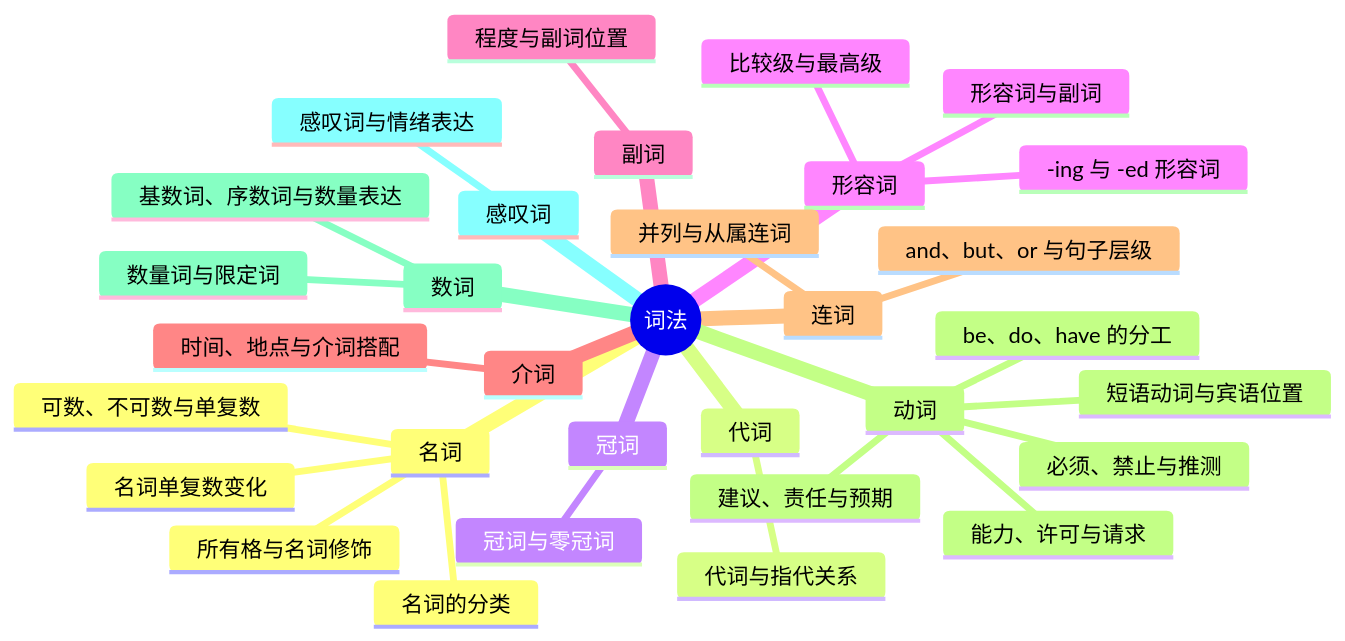
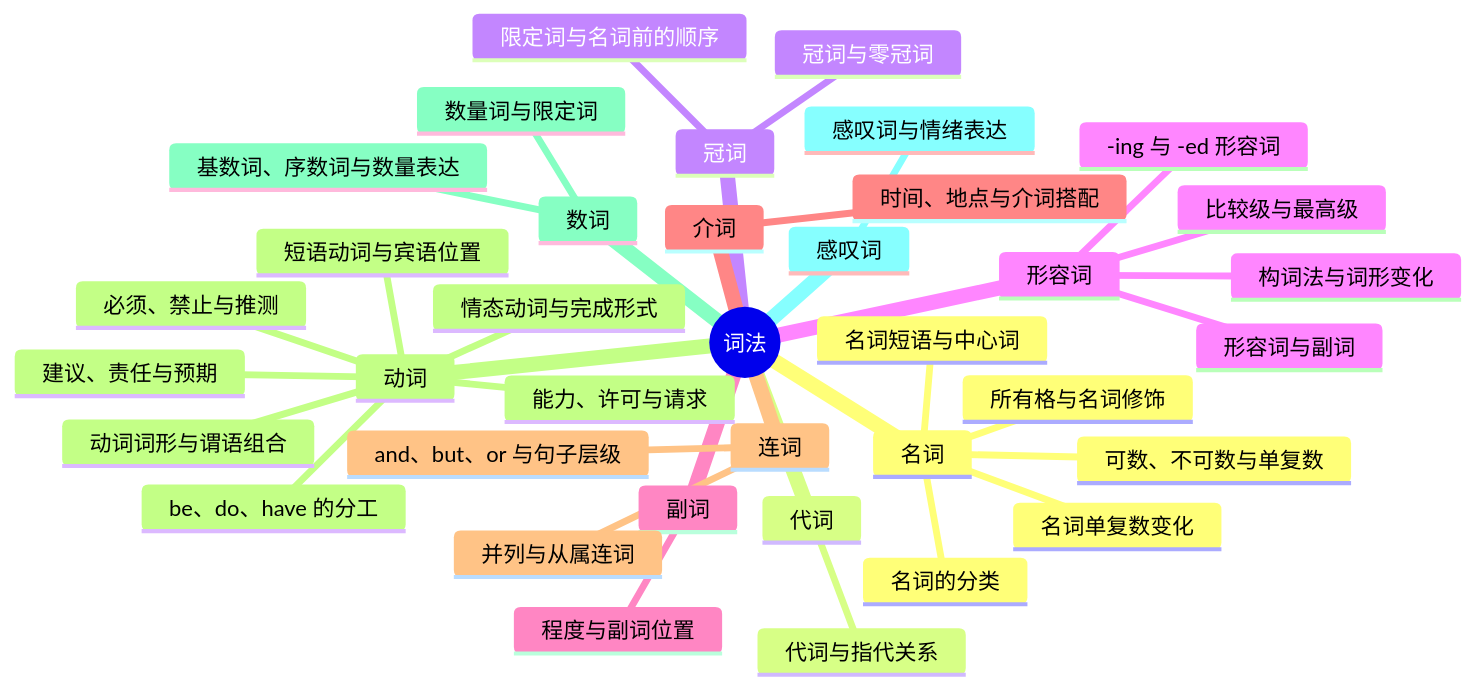
The second of 11 diagrams in grammar-mindmaps.md (FitzLeewenlei/grammar), drawn with Mermaid before and after one commit. The commit also changed other lines of this file and 15 other files, not shown here.

````diff
--- a/grammar-mindmaps.md
+++ b/grammar-mindmaps.md
@@ -24,35 +24,40 @@
 ```mermaid
 mindmap
   root((词法))
     名词
       名词的分类
       可数、不可数与单复数
       名词单复数变化
       所有格与名词修饰
+      名词短语与中心词
     代词
       代词与指代关系
     冠词
       冠词与零冠词
+      限定词与名词前的顺序
     形容词
       形容词与副词
       -ing 与 -ed 形容词
       比较级与最高级
+      构词法与词形变化
     副词
       程度与副词位置
     介词
       时间、地点与介词搭配
     连词
       并列与从属连词
       and、but、or 与句子层级
     动词
       be、do、have 的分工
       能力、许可与请求
       必须、禁止与推测
       建议、责任与预期
       短语动词与宾语位置
+      动词词形与谓语组合
+      情态动词与完成形式
     数词
       基数词、序数词与数量表达
       数量词与限定词
     感叹词
       感叹词与情绪表达
 ```
````
